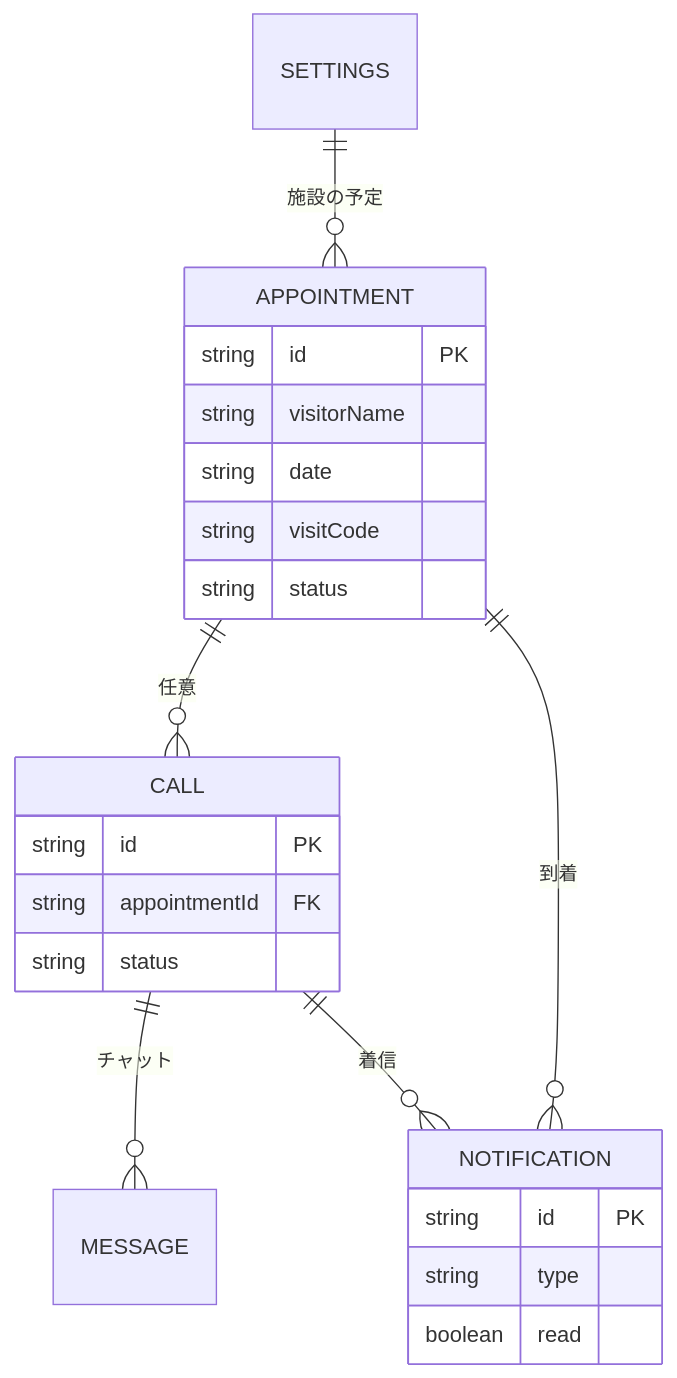
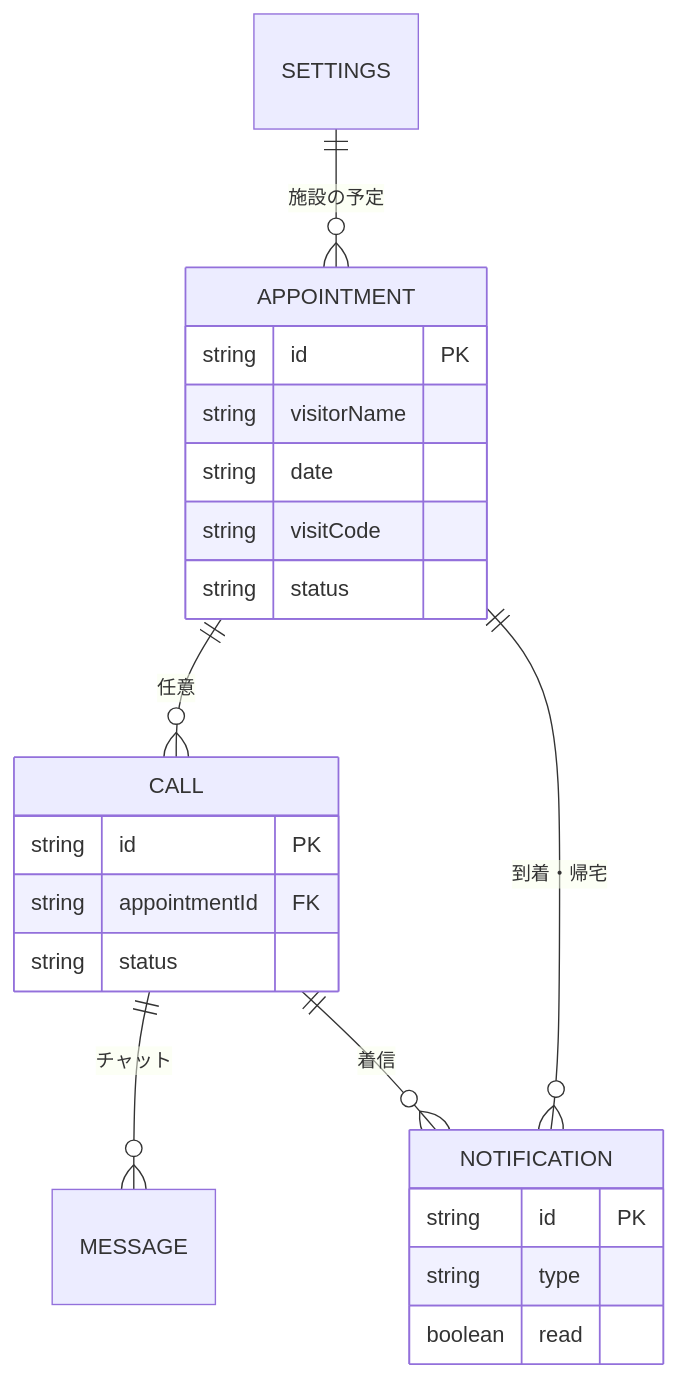
The second of 2 diagrams in docs/basic-design.md (n0r1k09583/OuchiUketsuke), drawn with Mermaid before and after one commit. The commit also changed other lines of this file and 18 other files, not shown here.

````diff
--- a/docs/basic-design.md
+++ b/docs/basic-design.md
@@ -87,26 +89,26 @@
 ```mermaid
 erDiagram
     SETTINGS ||--o{ APPOINTMENT : "施設の予定"
     APPOINTMENT ||--o{ CALL : "任意"
     CALL ||--o{ MESSAGE : "チャット"
-    APPOINTMENT ||--o{ NOTIFICATION : "到着"
+    APPOINTMENT ||--o{ NOTIFICATION : "到着・帰宅"
     CALL ||--o{ NOTIFICATION : "着信"
 
     APPOINTMENT {
         string id PK
         string visitorName
         string date
         string visitCode
         string status
     }
     CALL {
         string id PK
         string appointmentId FK
         string status
     }
     NOTIFICATION {
         string id PK
         string type
         boolean read
     }
 ```
````
